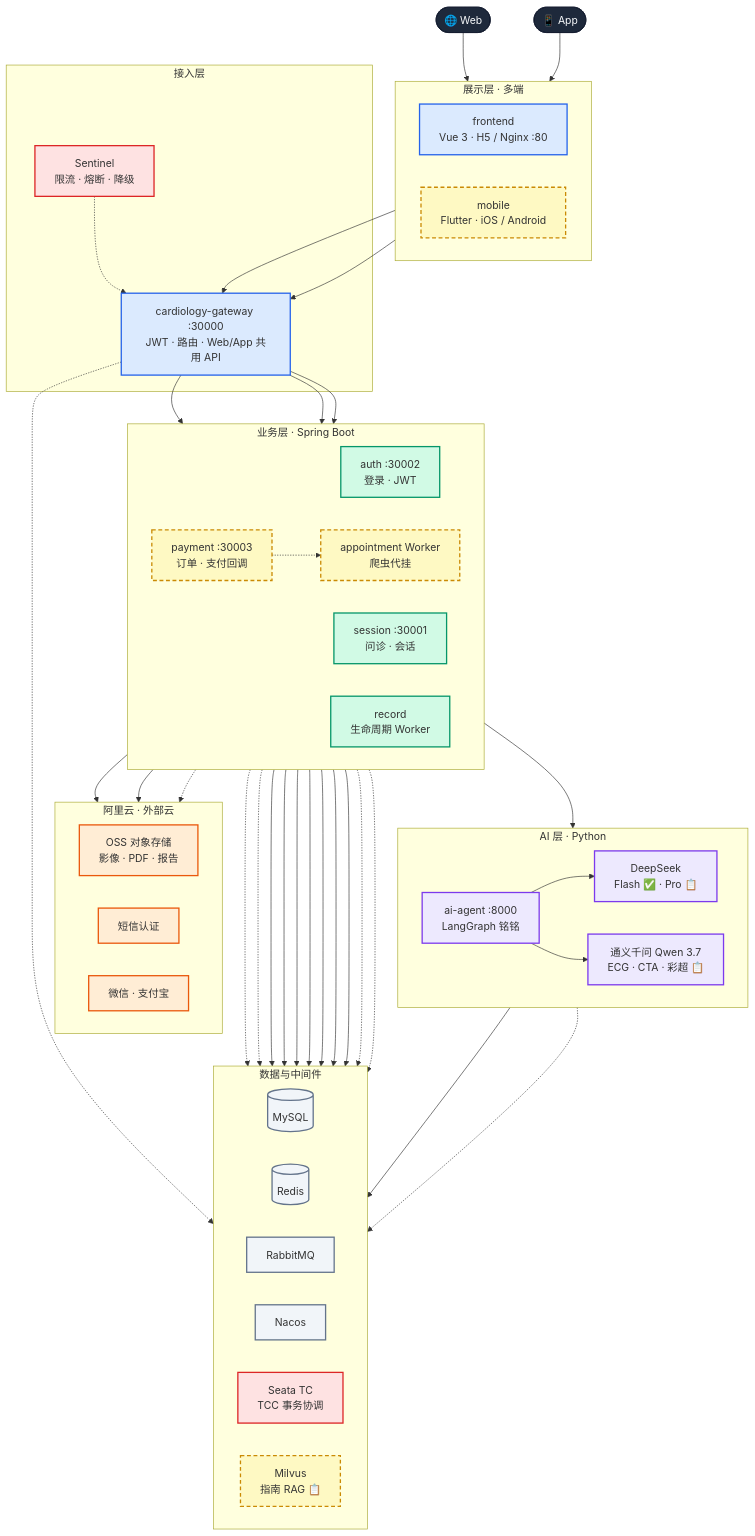
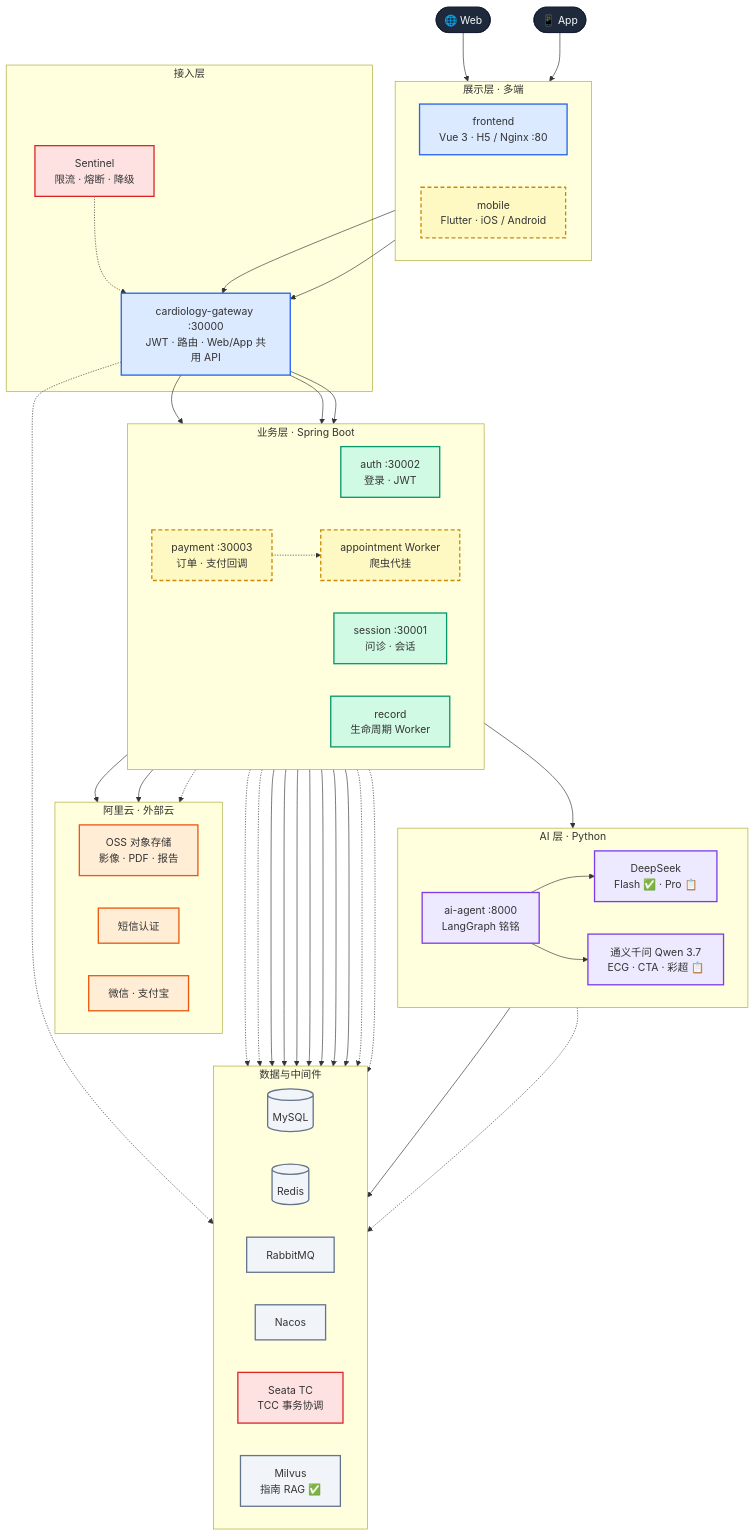
The first of 7 diagrams in README.md (SherwinZeng/cardiologyintelligentagent), drawn with Mermaid before and after one commit. The commit also changed other lines of this file and 78 other files, not shown here.

````diff
--- a/README.md
+++ b/README.md
@@ -75,77 +75,77 @@
 ```mermaid
 flowchart TB
     classDef client fill:#1e293b,stroke:#0f172a,color:#f8fafc
     classDef edge fill:#dbeafe,stroke:#2563eb,stroke-width:2px
     classDef biz fill:#d1fae5,stroke:#059669,stroke-width:2px
     classDef ai fill:#ede9fe,stroke:#7c3aed,stroke-width:2px
     classDef data fill:#f1f5f9,stroke:#64748b,stroke-width:2px
     classDef cloud fill:#ffedd5,stroke:#ea580c,stroke-width:2px
     classDef guard fill:#fee2e2,stroke:#dc2626,stroke-width:2px
     classDef ext fill:#fef9c3,stroke:#ca8a04,stroke-width:2px,stroke-dasharray:6 4
 
     USER_WEB(["🌐 Web"]):::client
     USER_APP(["📱 App"]):::client
 
     subgraph PRES["展示层 · 多端"]
         direction LR
         FE["frontend<br/>Vue 3 · H5 / Nginx :80"]:::edge
         APP["mobile<br/>Flutter · iOS / Android"]:::ext
     end
 
     subgraph GATE["接入层"]
         GW["cardiology-gateway :30000<br/>JWT · 路由 · Web/App 共用 API"]:::edge
         SEN["Sentinel<br/>限流 · 熔断 · 降级"]:::guard
     end
 
     subgraph BIZ["业务层 · Spring Boot"]
         direction LR
         AUTH["auth :30002<br/>登录 · JWT"]:::biz
         SESS["session :30001<br/>问诊 · 会话"]:::biz
         PAY["payment :30003<br/>订单 · 支付回调"]:::ext
         REC["record<br/>生命周期 Worker"]:::biz
         APPT["appointment Worker<br/>爬虫代挂"]:::ext
     end
 
     subgraph INTEL["AI 层 · Python"]
         direction LR
         AGENT["ai-agent :8000<br/>LangGraph 铭铭"]:::ai
         DS["DeepSeek<br/>Flash ✅ · Pro 📋"]:::ai
         QW["通义千问 Qwen 3.7<br/>ECG · CTA · 彩超 📋"]:::ai
         AGENT --> DS & QW
     end
 
     subgraph STORE["数据与中间件"]
         direction LR
         MY[("MySQL")]:::data
         RD[("Redis")]:::data
         MQ["RabbitMQ"]:::data
         NC["Nacos"]:::data
         SEATA["Seata TC<br/>TCC 事务协调"]:::guard
-        MV["Milvus<br/>指南 RAG 📋"]:::ext
+        MV["Milvus<br/>指南 RAG ✅"]:::data
     end
 
     subgraph ALIYUN["阿里云 · 外部云"]
         direction LR
         OSS["OSS 对象存储<br/>影像 · PDF · 报告"]:::cloud
         SMS["短信认证"]:::cloud
         PAYCH["微信 · 支付宝"]:::cloud
     end
 
     USER_WEB --> FE --> GW
     USER_APP --> APP --> GW
     SEN -.-> GW
     GW --> AUTH & SESS & PAY
     SESS --> AGENT
     SESS --> OSS
     PAY --> PAYCH
     PAY -.-> SEATA
     APPT -.-> MQ
     PAY -.-> APPT
     AUTH --> MY & RD
     SESS --> MY & RD & MQ
     REC --> MY & MQ
     AGENT --> RD
     AGENT -.-> MV
     AUTH -.-> SMS
     GW & AUTH & SESS -.-> NC
 ```
````
